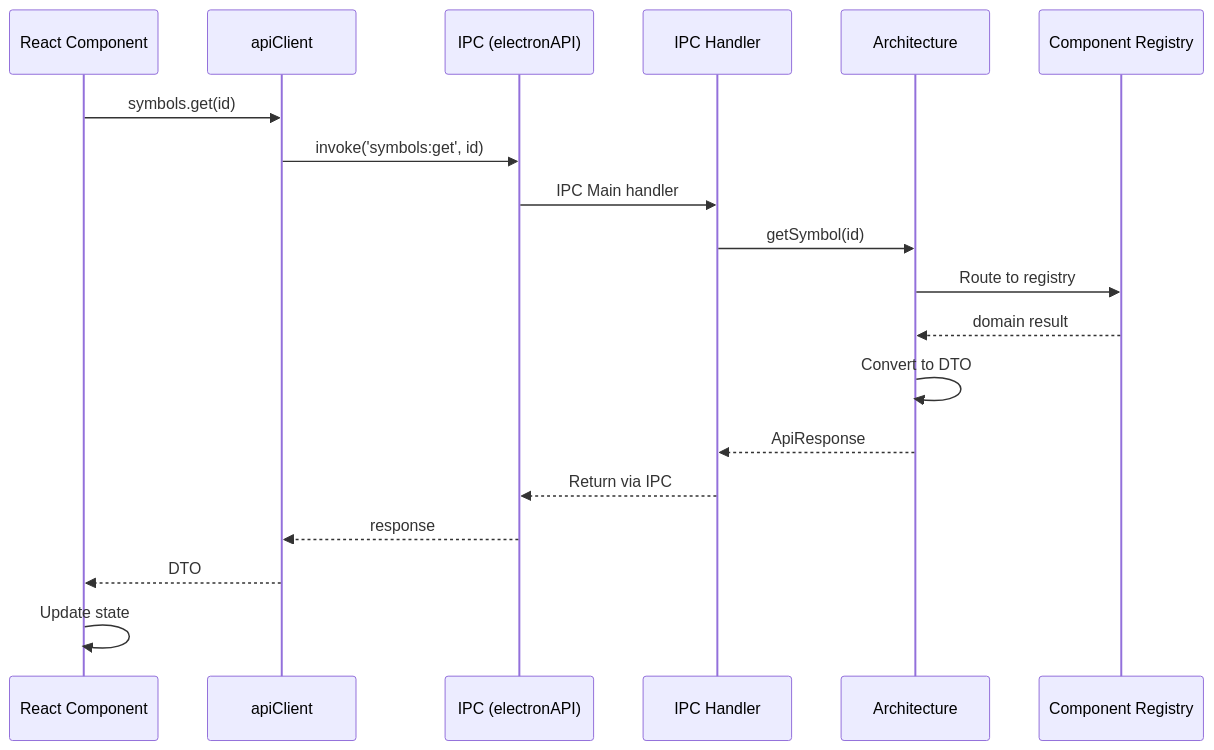
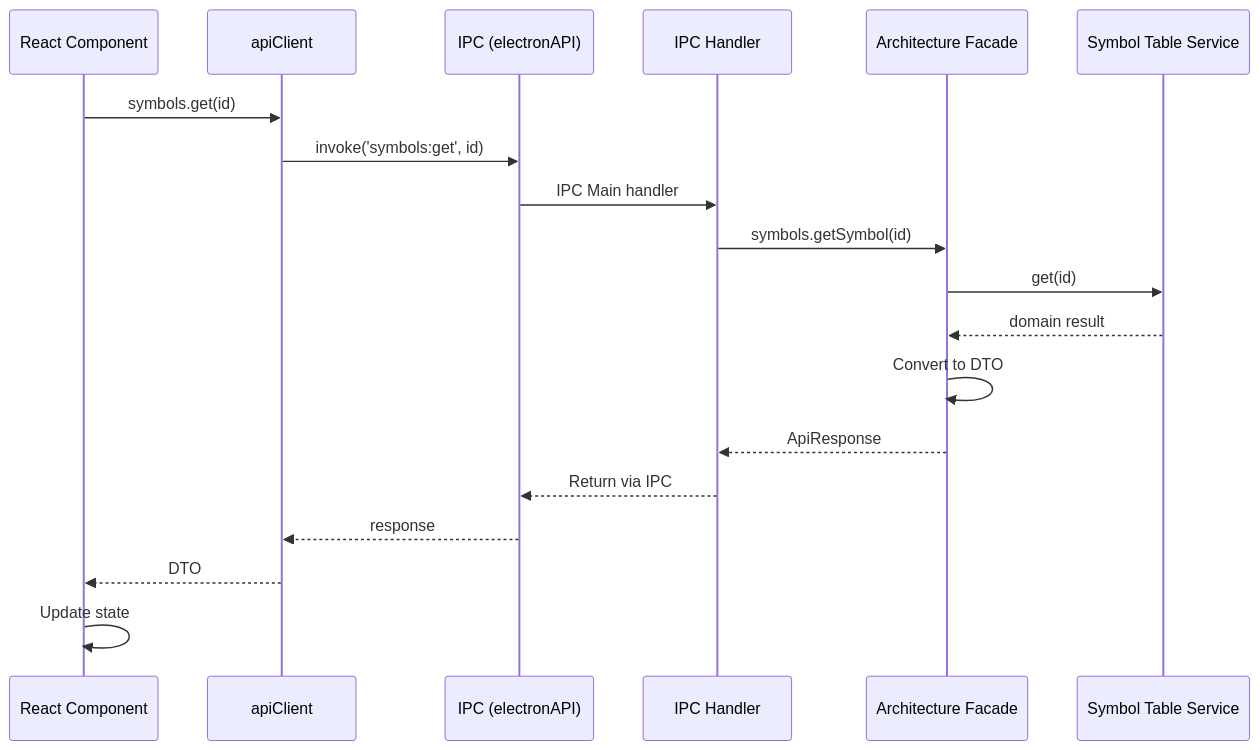
One commit to louipr/cyrus-code changed the seventh of 7 diagrams in docs/c4/dynamic.md. Above: the diagram before and after it, drawn with Mermaid. The commit also changed other lines of this file and 10 other files, not shown here.

First line of the commit message:
docs: remove obsolete HDL architecture, fix outdated references

````diff
--- a/docs/c4/dynamic.md
+++ b/docs/c4/dynamic.md
@@ -326,22 +289,22 @@
 ```mermaid
 sequenceDiagram
     participant React as React Component
     participant Client as apiClient
     participant IPC as IPC (electronAPI)
     participant Handler as IPC Handler
-    participant API as Architecture
-    participant Service as Component Registry
+    participant Facade as Architecture Facade
+    participant Service as Symbol Table Service
 
     React->>Client: symbols.get(id)
     Client->>IPC: invoke('symbols:get', id)
     IPC->>Handler: IPC Main handler
-    Handler->>API: getSymbol(id)
-    API->>Service: Route to registry
-    Service-->>API: domain result
-    API->>API: Convert to DTO
-    API-->>Handler: ApiResponse
+    Handler->>Facade: symbols.getSymbol(id)
+    Facade->>Service: get(id)
+    Service-->>Facade: domain result
+    Facade->>Facade: Convert to DTO
+    Facade-->>Handler: ApiResponse
     Handler-->>IPC: Return via IPC
     IPC-->>Client: response
     Client-->>React: DTO
     React->>React: Update state
 ```
````
